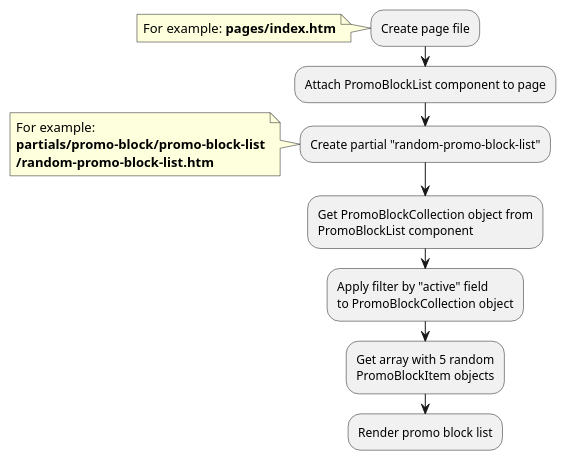
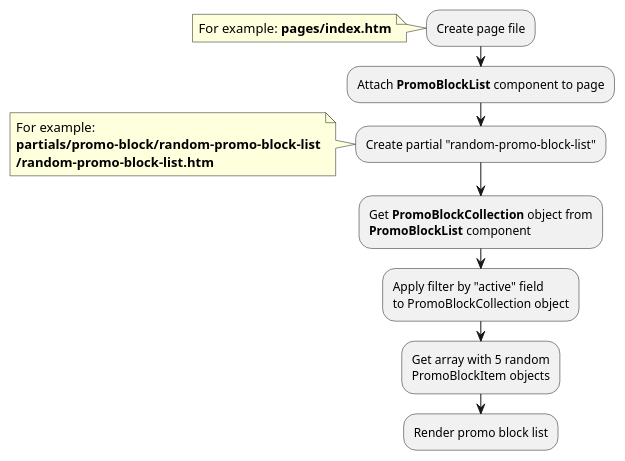
One commit to oc-shopaholic/oc-shopaholic-docs changed the second of 3 diagrams in modules/promo-block/examples.md. Above: the diagram before and after it, drawn with PlantUML. The commit also changed other lines of this file and 7 other files, not shown here.

Commit message:
Refactoring examples in promo-block section

````diff
--- a/modules/promo-block/examples.md
+++ b/modules/promo-block/examples.md
@@ -65,22 +65,22 @@
 ```plantuml
 @startuml
 :Create page file;
 note left
     For example: **pages/index.htm**
 end note
-:Attach PromoBlockList component to page;
+:Attach **PromoBlockList** component to page;
 :Create partial "random-promo-block-list";
 note left
     For example:
-    **partials/promo-block/promo-block-list**
+    **partials/promo-block/random-promo-block-list**
     **/random-promo-block-list.htm**
 end note
-:Get PromoBlockCollection object from
-PromoBlockList component;
+:Get **PromoBlockCollection** object from
+**PromoBlockList** component;
 :Apply filter by "active" field
 to PromoBlockCollection object;
 :Get array with 5 random
 PromoBlockItem objects;
 :Render promo block list;
 @enduml
 ```
````
